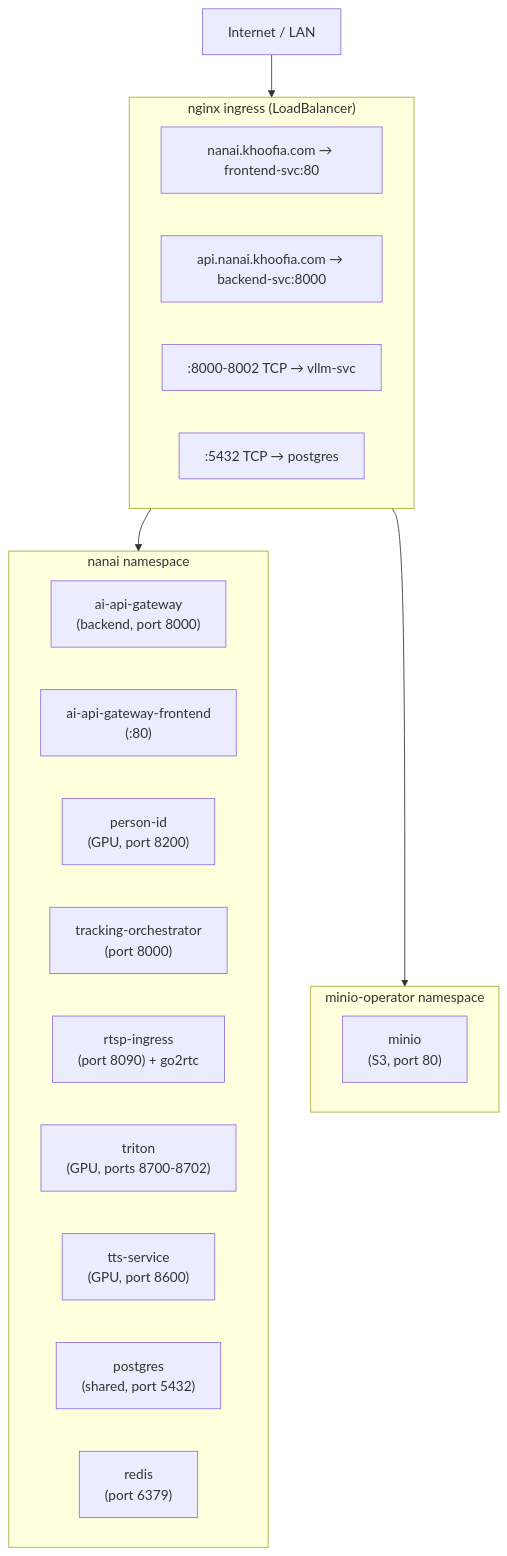
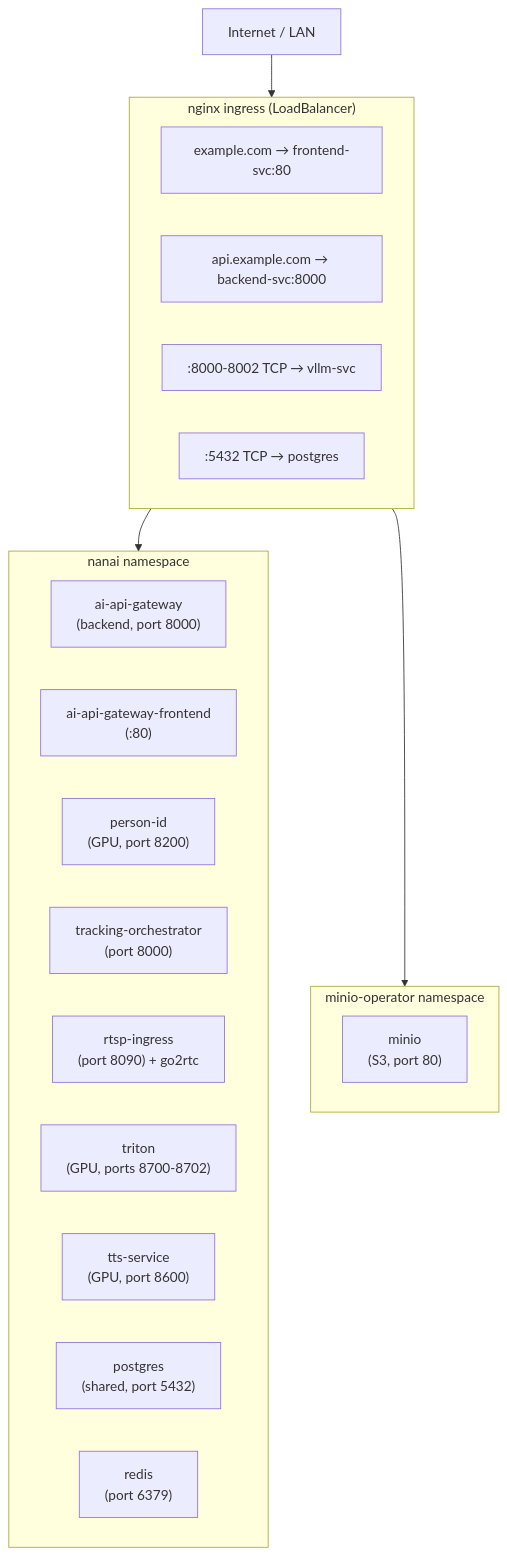
The diagram in docs/guide/deployment.md (SilverMind-Project/SilverMind-Project.github.io), drawn with Mermaid before and after one commit. The commit also changed other lines of this file and 12 other files, not shown here.

````diff
--- a/docs/guide/deployment.md
+++ b/docs/guide/deployment.md
@@ -127,30 +127,30 @@
 ```mermaid
 flowchart TB
     Internet["Internet / LAN"] --> Ingress
 
     subgraph Ingress["nginx ingress (LoadBalancer)"]
-        FrontendRoute["nanai.khoofia.com → frontend-svc:80"]
-        APIRoute["api.nanai.khoofia.com → backend-svc:8000"]
+        FrontendRoute["example.com → frontend-svc:80"]
+        APIRoute["api.example.com → backend-svc:8000"]
         VLLMRoute[":8000-8002 TCP → vllm-svc"]
         PGRoute[":5432 TCP → postgres"]
     end
 
     subgraph NanaiNS["nanai namespace"]
         Backend["ai-api-gateway<br/>(backend, port 8000)"]
         Frontend["ai-api-gateway-frontend<br/>(:80)"]
         PersonID["person-id<br/>(GPU, port 8200)"]
         Orchestrator["tracking-orchestrator<br/>(port 8000)"]
         IngressSvc["rtsp-ingress<br/>(port 8090) + go2rtc"]
         Triton["triton<br/>(GPU, ports 8700-8702)"]
         TTS["tts-service<br/>(GPU, port 8600)"]
         Postgres["postgres<br/>(shared, port 5432)"]
         Redis["redis<br/>(port 6379)"]
     end
 
     subgraph MinioNS["minio-operator namespace"]
         MinIO["minio<br/>(S3, port 80)"]
     end
 
     Ingress --> NanaiNS
     Ingress --> MinioNS
 ```
````
